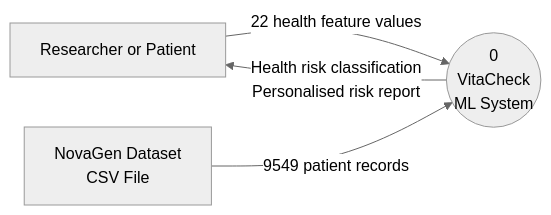
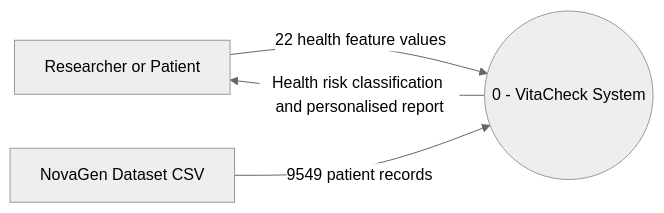
One commit to KARTHIKAKRISHNA123/vitacheck-ml changed diagram 13 of 14 in README.md. Above: the diagram before and after it, drawn with Mermaid (neutral theme). The commit also changed other lines of this file, not shown here.

````diff
--- a/README.md
+++ b/README.md
@@ -635,6 +474,6 @@
 ```mermaid
 flowchart LR
-    E1[Researcher or Patient] -->|22 health feature values| P1(("0\nVitaCheck\nML System"))
-    P1 -->|Health risk classification\nPersonalised risk report| E1
-    E2[NovaGen Dataset\nCSV File] -->|9549 patient records| P1
+    E1[Researcher or Patient] -->|22 health feature values| P1(("0 - VitaCheck System"))
+    P1 -->|Health risk classification and personalised report| E1
+    E2[NovaGen Dataset CSV] -->|9549 patient records| P1
 ```
````
